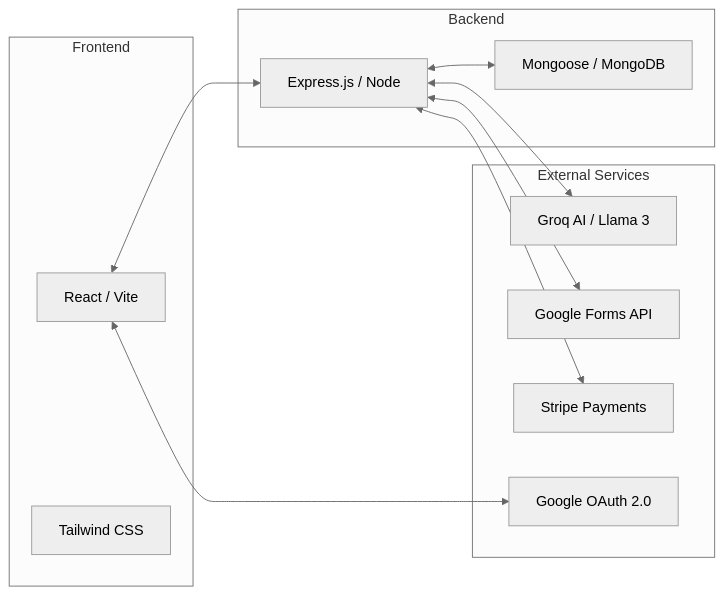
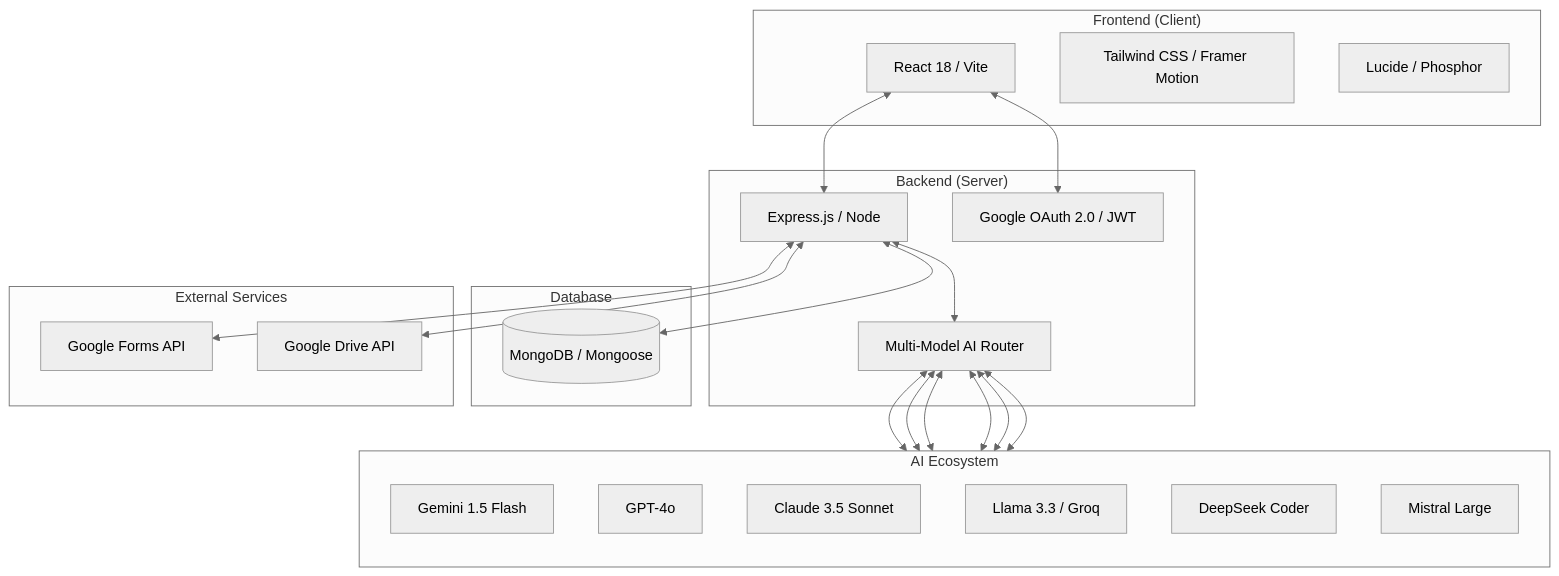
The first of 2 diagrams in README.md (tarunkulkarni4/FullStack-AI-Google-Form_Builder), drawn with Mermaid (neutral theme) before and after one commit. The commit also changed other lines of this file and 3 other files, not shown here.

Commit message:
docs: update README architecture, flow, features, and add logo

````diff
--- a/README.md
+++ b/README.md
@@ -118,24 +118,46 @@
 ```mermaid
-graph LR
-    subgraph Frontend
-        React[React / Vite]
-        Tailwind[Tailwind CSS]
+graph TD
+    subgraph "Frontend (Client)"
+        React[React 18 / Vite]
+        UI[Tailwind CSS / Framer Motion]
+        Icons[Lucide / Phosphor]
     end
-    subgraph Backend
+
+    subgraph "Backend (Server)"
         Express[Express.js / Node]
-        Mongoose[Mongoose / MongoDB]
+        Router[Multi-Model AI Router]
+        Auth[Google OAuth 2.0 / JWT]
     end
+
+    subgraph "Database"
+        Mongo[(MongoDB / Mongoose)]
+    end
+
+    subgraph "AI Ecosystem"
+        direction TB
+        Gemini[Gemini 1.5 Flash]
+        GPT[GPT-4o]
+        Claude[Claude 3.5 Sonnet]
+        Llama[Llama 3.3 / Groq]
+        DeepSeek[DeepSeek Coder]
+        Mistral[Mistral Large]
+    end
+
     subgraph "External Services"
-        Groq[Groq AI / Llama 3]
-        GoogleAPI[Google Forms API]
-        Stripe[Stripe Payments]
-        OAuth[Google OAuth 2.0]
+        GForms[Google Forms API]
+        GDrive[Google Drive API]
     end
     
     React <--> Express
-    Express <--> Mongoose
-    Express <--> Groq
-    Express <--> GoogleAPI
-    Express <--> Stripe
-    React <--> OAuth
+    Express <--> Mongo
+    Express <--> Router
+    Router <--> Gemini
+    Router <--> GPT
+    Router <--> Claude
+    Router <--> Llama
+    Router <--> DeepSeek
+    Router <--> Mistral
+    Express <--> GForms
+    Express <--> GDrive
+    React <--> Auth
 ```
````
